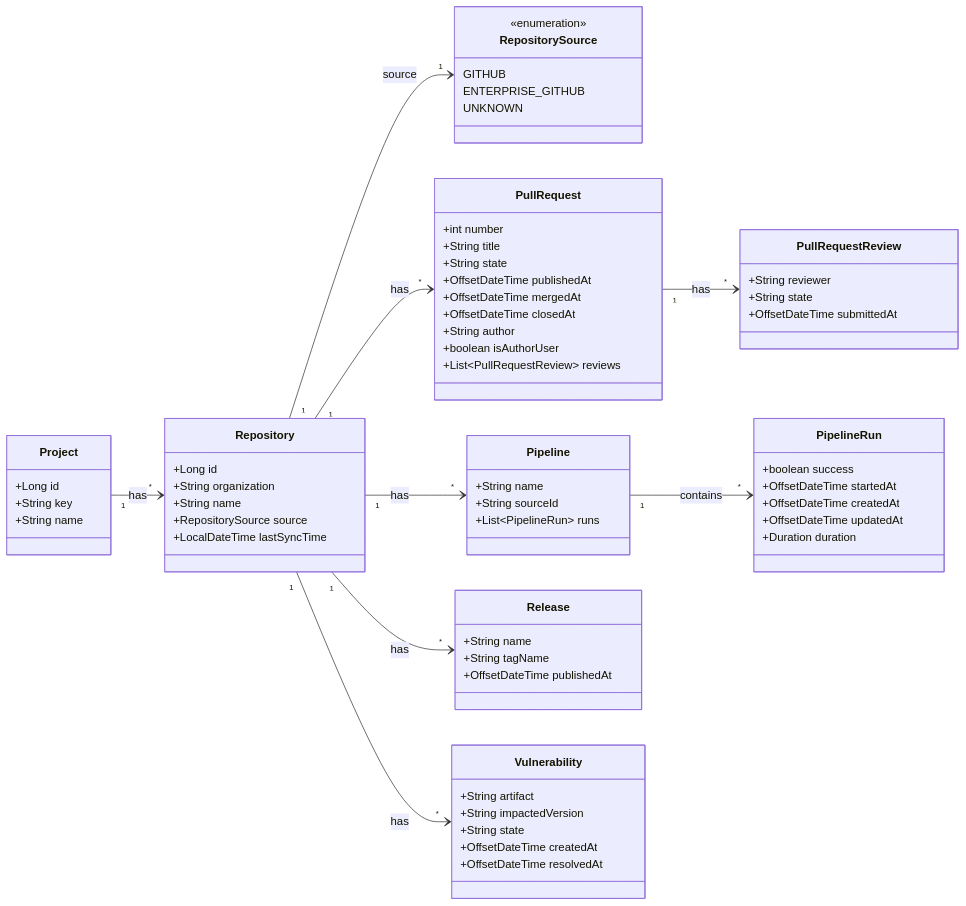
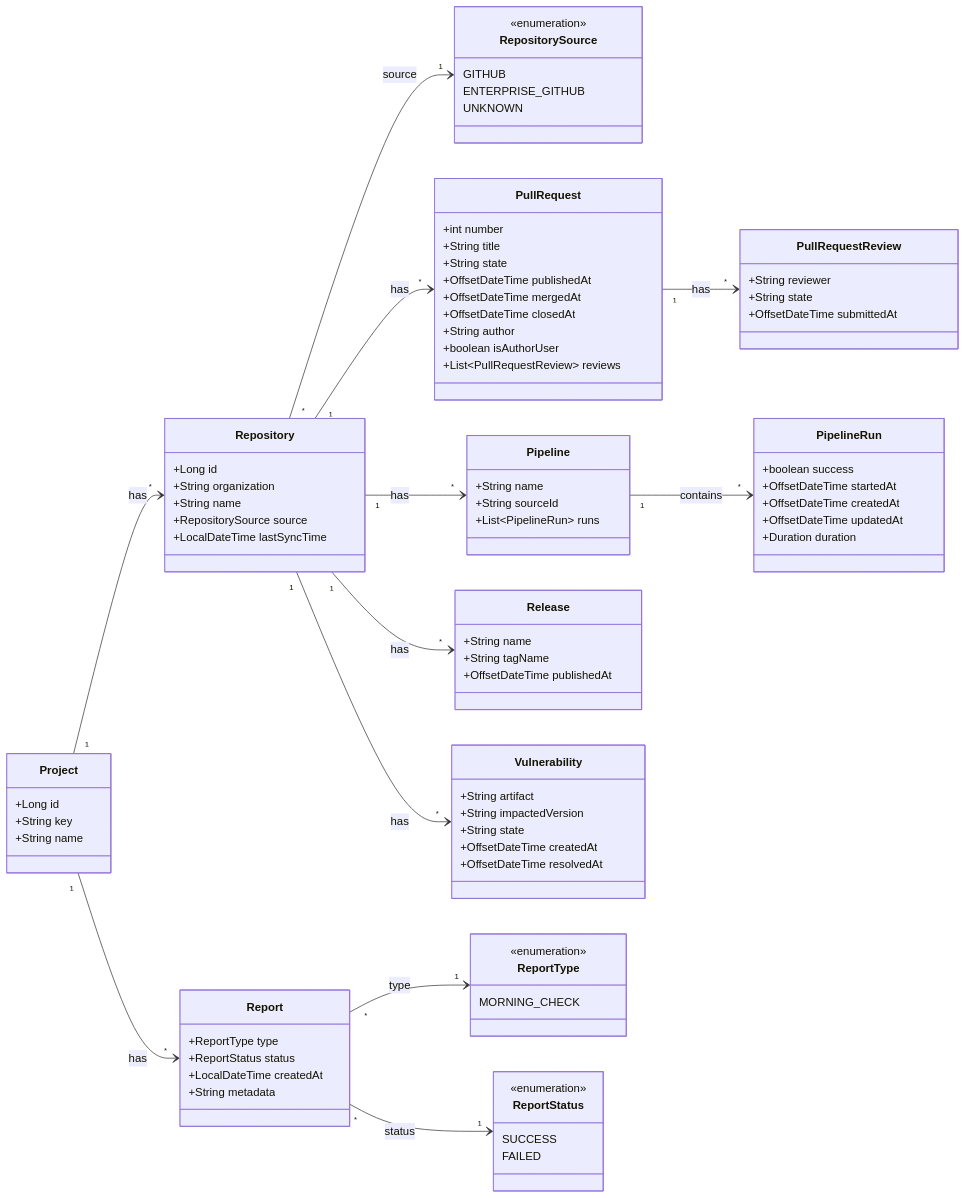
One commit to elieahd/devops-metadata-syncer changed the diagram in README.md. Above: the diagram before and after it, drawn with Mermaid. The commit also changed other lines of this file, not shown here.

````diff
--- a/README.md
+++ b/README.md
@@ -138,12 +82,33 @@
         +OffsetDateTime resolvedAt
     }
 
+    class Report {
+        +ReportType type
+        +ReportStatus status
+        +LocalDateTime createdAt
+        +String metadata
+    }
+
+    class ReportType {
+        <<enumeration>>
+        MORNING_CHECK
+    }
+
+    class ReportStatus {
+        <<enumeration>>
+        SUCCESS
+        FAILED
+    }
+
     Project "1" --> "*" Repository: has
+    Project "1" --> "*" Report: has
     Repository "1" --> "*" PullRequest: has
     Repository "1" --> "*" Pipeline: has
     Repository "1" --> "*" Vulnerability: has
     Repository "1" --> "*" Release: has
     Pipeline "1" --> "*" PipelineRun: contains
     PullRequest "1" --> "*" PullRequestReview: has
-    Repository "1" --> "1" RepositorySource: source
+    Repository "*" --> "1" RepositorySource: source
+    Report "*" --> "1" ReportStatus: status
+    Report "*" --> "1" ReportType: type
 ```
````
